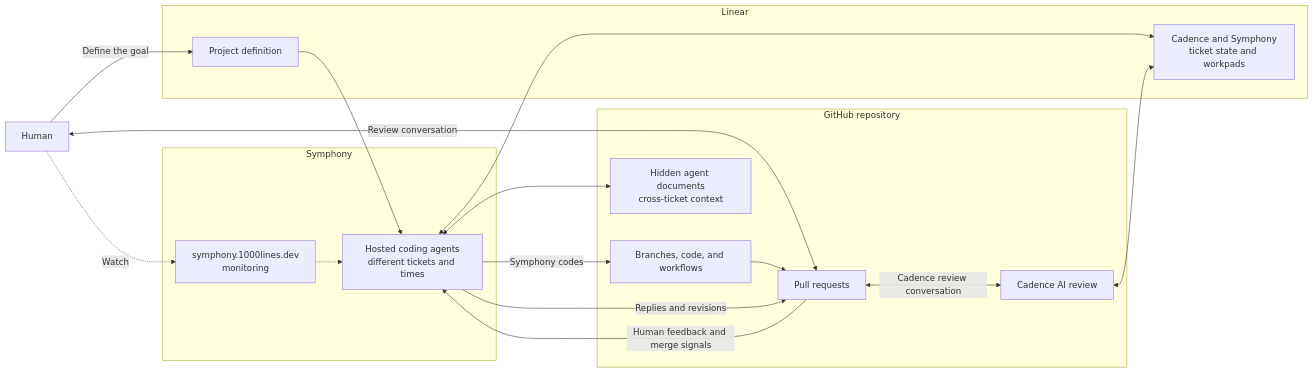
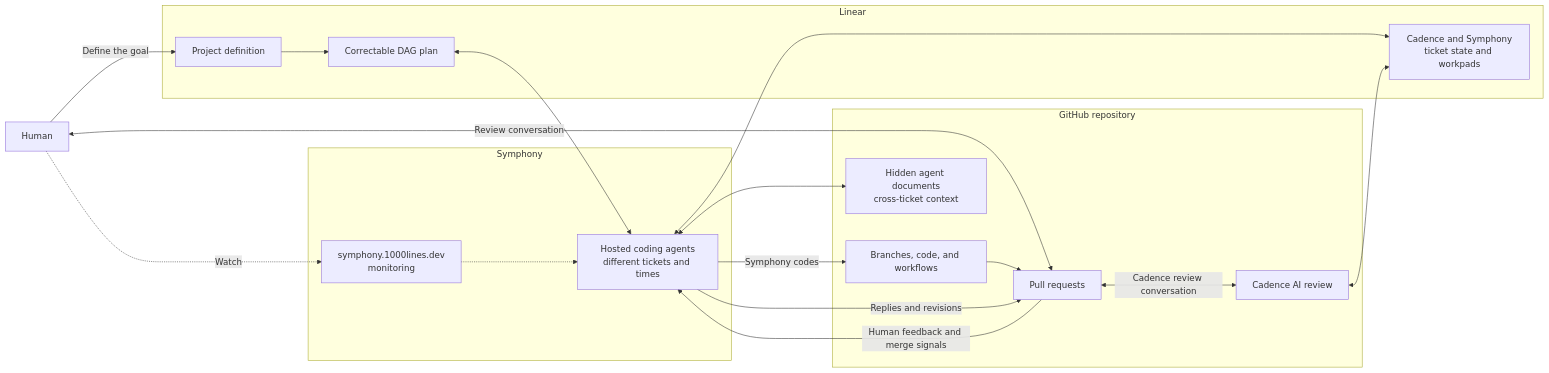
One commit to 1000lines/symphony-client-template changed the diagram in hackathon/README.md. Above: the diagram before and after it, drawn with Mermaid. The commit also changed other lines of this file, not shown here.

Commit message:
Explain correctable DAG planning

````diff
--- a/hackathon/README.md
+++ b/hackathon/README.md
@@ -48,36 +61,38 @@
 ```mermaid
 flowchart LR
   HUMAN[Human]
 
   subgraph LINEAR[Linear]
     PROJECT[Project definition]
+    DAG[Correctable DAG plan]
     AGENTLINEAR[Cadence and Symphony<br/>ticket state and workpads]
   end
 
   subgraph SERVICE[Symphony]
     ORCHESTRATOR[Hosted coding agents<br/>different tickets and times]
     MONITOR[symphony.1000lines.dev<br/>monitoring]
   end
 
   subgraph GITHUB[GitHub repository]
     CODE[Branches, code, and workflows]
     HIDDEN[Hidden agent documents<br/>cross-ticket context]
     PR[Pull requests]
     CADENCE[Cadence AI review]
   end
 
   HUMAN -->|Define the goal| PROJECT
   HUMAN <-->|Review conversation| PR
   HUMAN -.->|Watch| MONITOR
 
-  PROJECT --> ORCHESTRATOR
+  PROJECT --> DAG
+  DAG <--> ORCHESTRATOR
   ORCHESTRATOR <--> AGENTLINEAR
   CADENCE <--> AGENTLINEAR
   MONITOR -.-> ORCHESTRATOR
   ORCHESTRATOR <--> HIDDEN
   ORCHESTRATOR -->|Symphony codes| CODE
   CODE --> PR
   ORCHESTRATOR -->|Replies and revisions| PR
   PR -->|Human feedback and merge signals| ORCHESTRATOR
   PR <-->|Cadence review conversation| CADENCE
 ```
````
